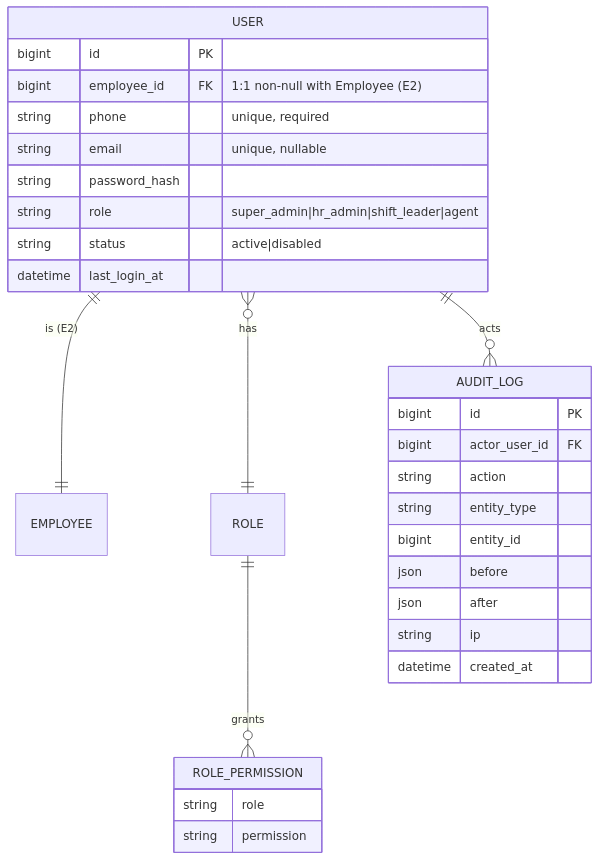
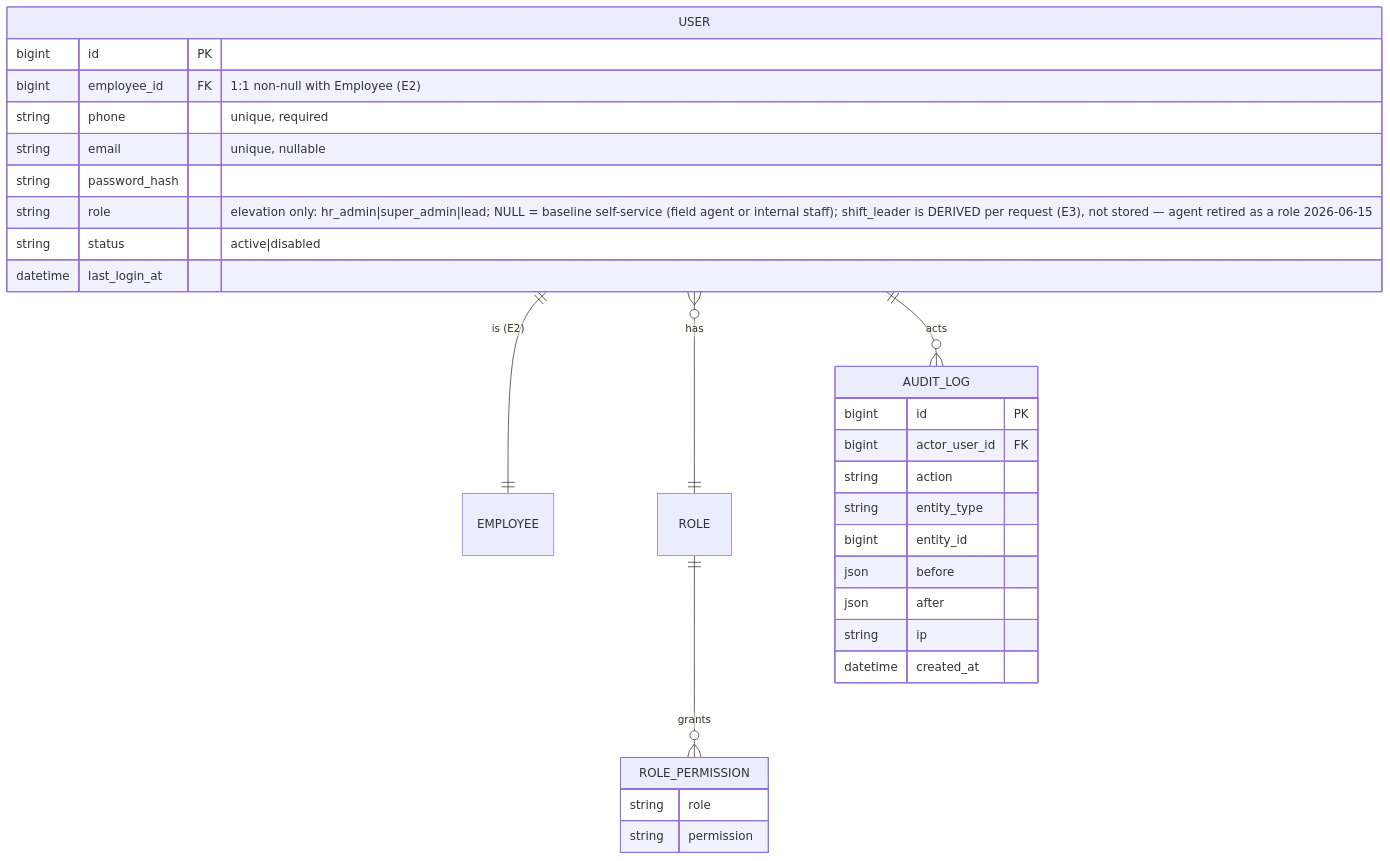
Before and after one commit to hariszaki17/hris-outsource: the first of 5 diagrams in docs/epics/E1-foundations/FEATURE.md, drawn with Mermaid. The commit also changed 88 other files, not shown here.

````diff
--- a/docs/epics/E1-foundations/FEATURE.md
+++ b/docs/epics/E1-foundations/FEATURE.md
@@ -28,33 +28,33 @@
 ```mermaid
 erDiagram
     USER ||--|| EMPLOYEE : "is (E2)"
     USER }o--|| ROLE : "has"
     ROLE ||--o{ ROLE_PERMISSION : "grants"
     USER ||--o{ AUDIT_LOG : "acts"
 
     USER {
         bigint id PK
         bigint employee_id FK "1:1 non-null with Employee (E2)"
         string phone "unique, required"
         string email "unique, nullable"
         string password_hash
-        string role "super_admin|hr_admin|shift_leader|agent"
+        string role "elevation only: hr_admin|super_admin|lead; NULL = baseline self-service (field agent or internal staff); shift_leader is DERIVED per request (E3), not stored — agent retired as a role 2026-06-15"
         string status "active|disabled"
         datetime last_login_at
     }
     ROLE_PERMISSION {
         string role
         string permission
     }
     AUDIT_LOG {
         bigint id PK
         bigint actor_user_id FK
         string action
         string entity_type
         bigint entity_id
         json before
         json after
         string ip
         datetime created_at
     }
 ```
````
